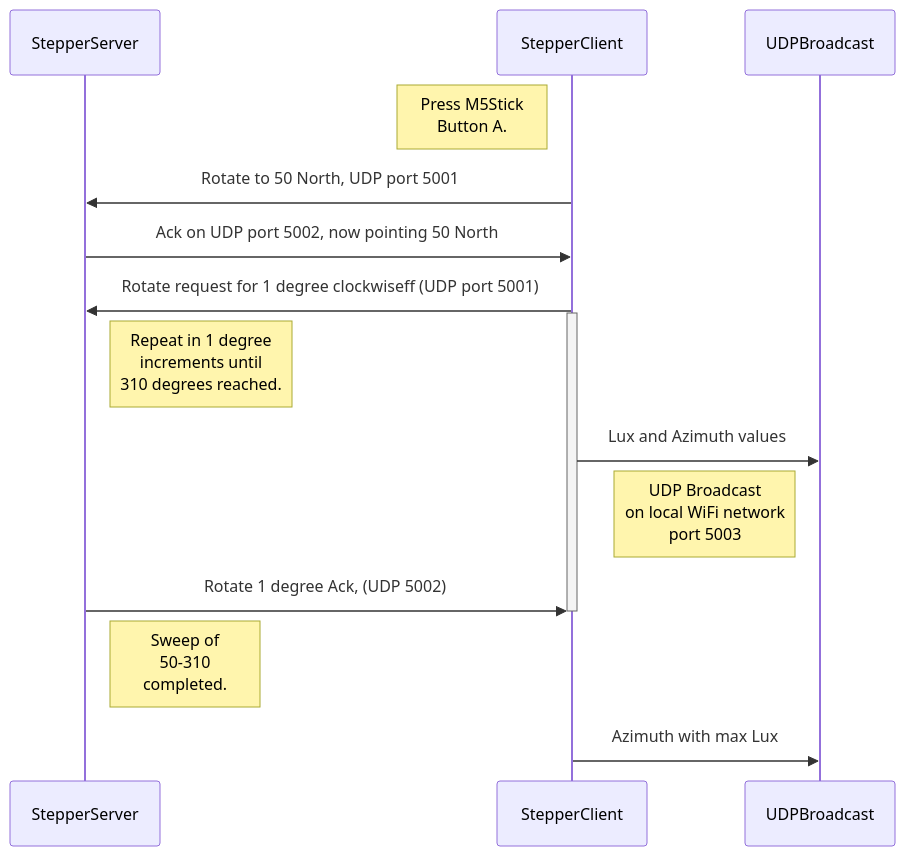
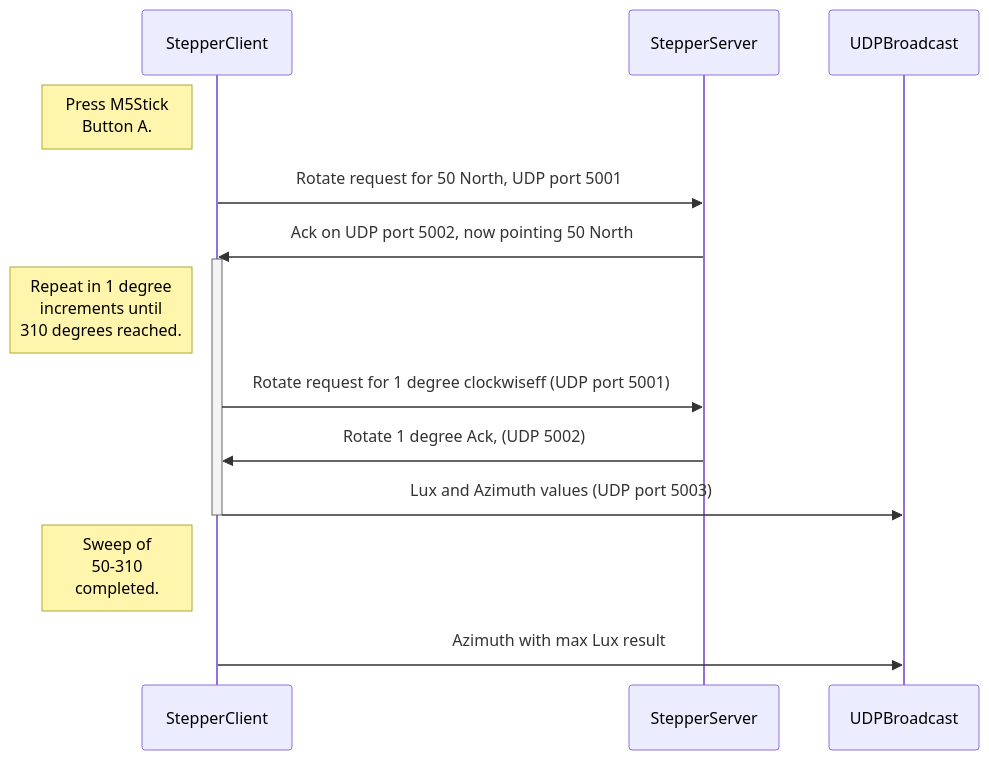
Before and after one commit to wicked-rainman/SolarClock: the diagram in README.md, drawn with Mermaid. The commit also changed other lines of this file, not shown here.

````diff
--- a/README.md
+++ b/README.md
@@ -45,18 +46,17 @@
 ```mermaid
 sequenceDiagram
+    participant StepperClient
     participant StepperServer
-    participant StepperClient
     participant UDPBroadcast
     Note left of StepperClient: Press M5Stick<BR/> Button A.
-    StepperClient->>StepperServer: Rotate to 50 North, UDP port 5001
+    StepperClient->>StepperServer: Rotate request for 50 North, UDP port 5001
     StepperServer->>StepperClient: Ack on UDP port 5002, now pointing 50 North
+    activate StepperClient
+    Note left of StepperClient: Repeat in 1 degree<br>increments until<BR/>310 degrees reached.
     StepperClient->>StepperServer: Rotate request for 1 degree clockwiseff (UDP port 5001)
-    activate StepperClient
-    Note right of StepperServer: Repeat in 1 degree<br>increments until<BR/>310 degrees reached.
-    StepperClient->>UDPBroadcast: Lux and Azimuth values
-    Note left of UDPBroadcast: UDP Broadcast<BR/>on local WiFi network<BR/> port 5003
     StepperServer->>StepperClient: Rotate 1 degree Ack, (UDP 5002)
+    StepperClient->>UDPBroadcast: Lux and Azimuth values (UDP port 5003)
     deactivate StepperClient
-    Note right of StepperServer: Sweep of <br>50-310<br>completed.
-    StepperClient->>UDPBroadcast: Azimuth with max Lux
+    Note left of StepperClient: Sweep of <br>50-310<br>completed.
+    StepperClient->>UDPBroadcast: Azimuth with max Lux result
 ```
````
